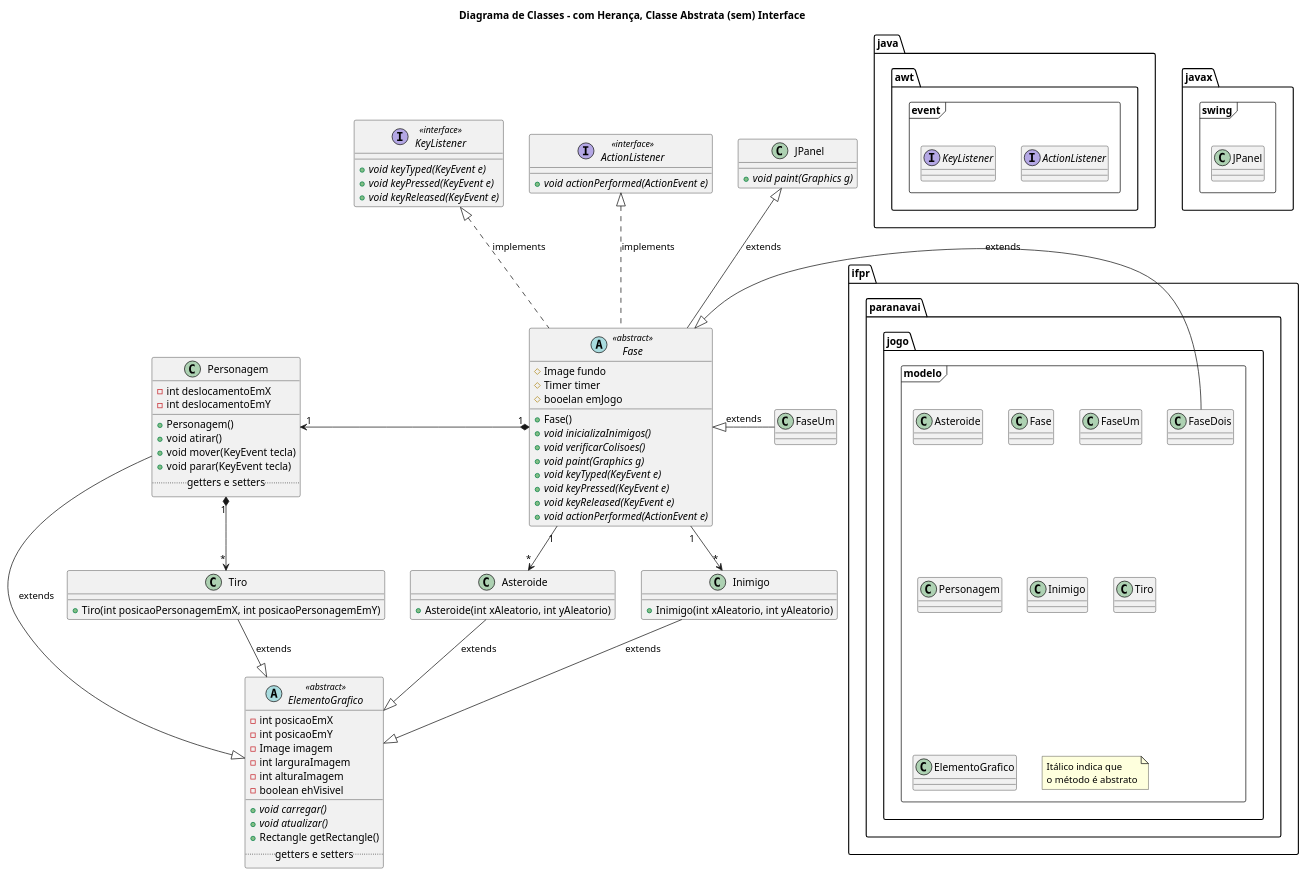
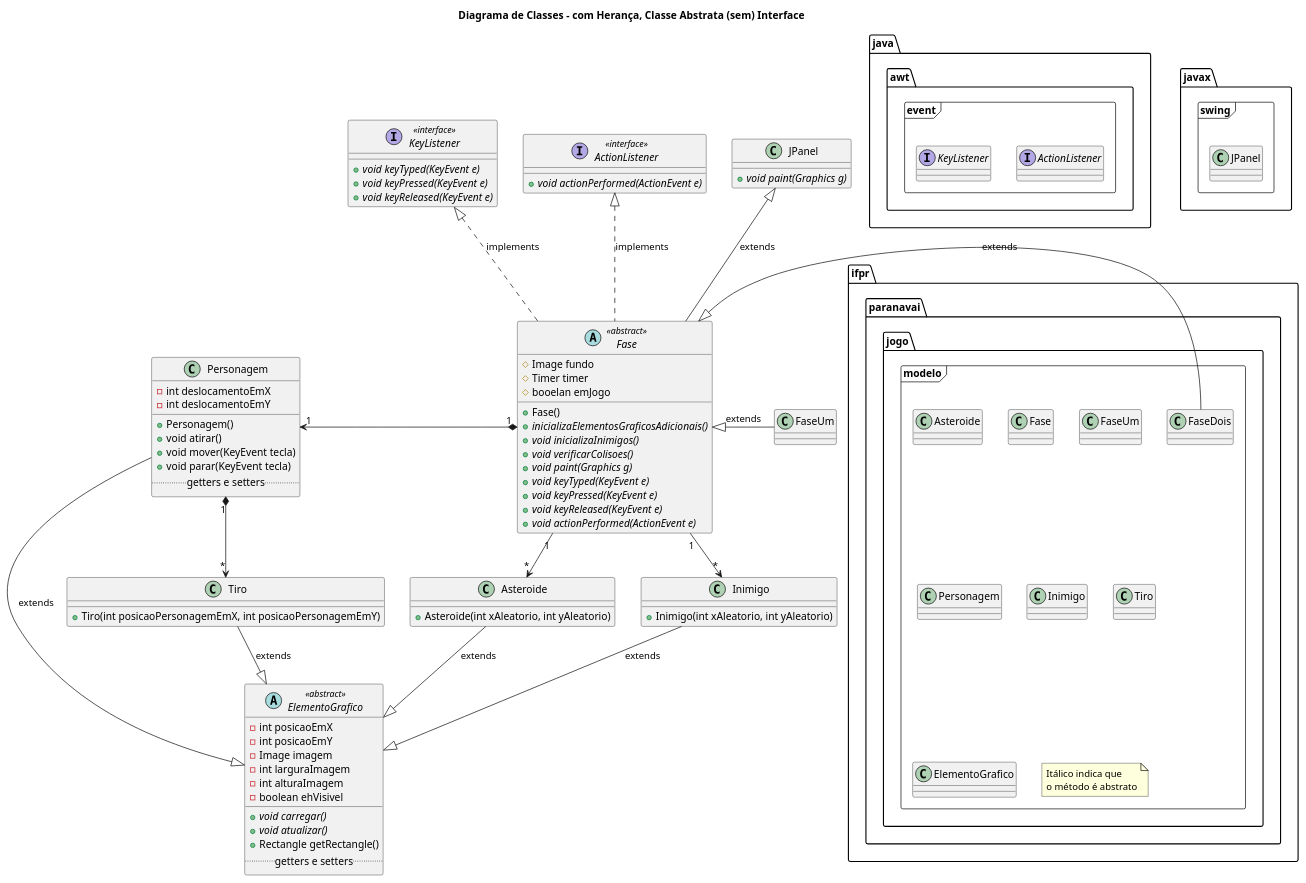
The diagram in uml/diagrama-classe.puml (terenciani/jogo-2d-ifpr-2023), drawn with PlantUML before and after one commit. The commit also changed 3 other files, not shown here.

```diff
--- a/uml/diagrama-classe.puml
+++ b/uml/diagrama-classe.puml
@@ -1,114 +1,115 @@
 @startuml
 
 title Diagrama de Classes - com Herança, Classe Abstrata (sem) Interface
 
 package ifpr.paranavai.jogo.modelo <<Frame>> {
     class Asteroide
     class Fase
     class FaseUm
     class FaseDois
     class Personagem
     class Inimigo
     class Tiro
     class ElementoGrafico
     note "Itálico indica que\no método é abstrato" as N1
 }
 
 package java.awt.event <<Frame>> {
     interface ActionListener
     interface KeyListener
 }
 
 
 package javax.swing <<Frame>> {
   class JPanel
 }
 
 class Asteroide{
     +Asteroide(int xAleatorio, int yAleatorio)
 }
 
 abstract class ElementoGrafico <<abstract>> {
     -int posicaoEmX
     -int posicaoEmY
     -Image imagem
     -int larguraImagem
     -int alturaImagem 
     -boolean ehVisivel
     __
     +{abstract} void carregar()
     +{abstract} void atualizar()
     +Rectangle getRectangle()
     .. getters e setters ..
 }
 
 abstract class Fase <<abstract>>{
     #Image fundo
     #Timer timer
     #booelan emJogo
     +Fase()
+    +{abstract}inicializaElementosGraficosAdicionais()
     +{abstract} void inicializaInimigos()    
     +{abstract} void verificarColisoes()
     +{abstract} void paint(Graphics g)
     +{abstract} void keyTyped(KeyEvent e)
     +{abstract} void keyPressed(KeyEvent e)
     +{abstract} void keyReleased(KeyEvent e)
     +{abstract} void actionPerformed(ActionEvent e)
 }
 
 class Personagem{
     -int deslocamentoEmX
     -int deslocamentoEmY
     __
     +Personagem()
     +void atirar()
     +void mover(KeyEvent tecla)
     +void parar(KeyEvent tecla)
     .. getters e setters ..
 }
 
 class Inimigo{
     +Inimigo(int xAleatorio, int yAleatorio)
 }
 
 class Tiro {
     +Tiro(int posicaoPersonagemEmX, int posicaoPersonagemEmY)
 }
 
 class FaseUm {    
     
 }
 
 class JPanel{
     +{abstract} void paint(Graphics g)
 }
 interface ActionListener <<interface>> {
     +{abstract} void actionPerformed(ActionEvent e)
 }
 
 interface KeyListener <<interface>> {
     +{abstract} void keyTyped(KeyEvent e)
     +{abstract} void keyPressed(KeyEvent e)
     +{abstract} void keyReleased(KeyEvent e)
 }
 
 Fase -up-|> JPanel: extends
 Fase -up.|> ActionListener: implements
 Fase -up.|> KeyListener: implements
 FaseUm -left-|> Fase: extends
 FaseDois -left-|> Fase: extends
 
 
 Fase "1" *-left-> "1" Personagem
 Inimigo "*" <-up- "1" Fase
 Asteroide "*" <-up- "1" Fase
 
 Personagem "1" *--> "*" Tiro
 Personagem --|> ElementoGrafico: extends
 
 Tiro --|> ElementoGrafico: extends
 
 Inimigo --|> ElementoGrafico: extends
 
 Asteroide --|> ElementoGrafico: extends
 @enduml
```
